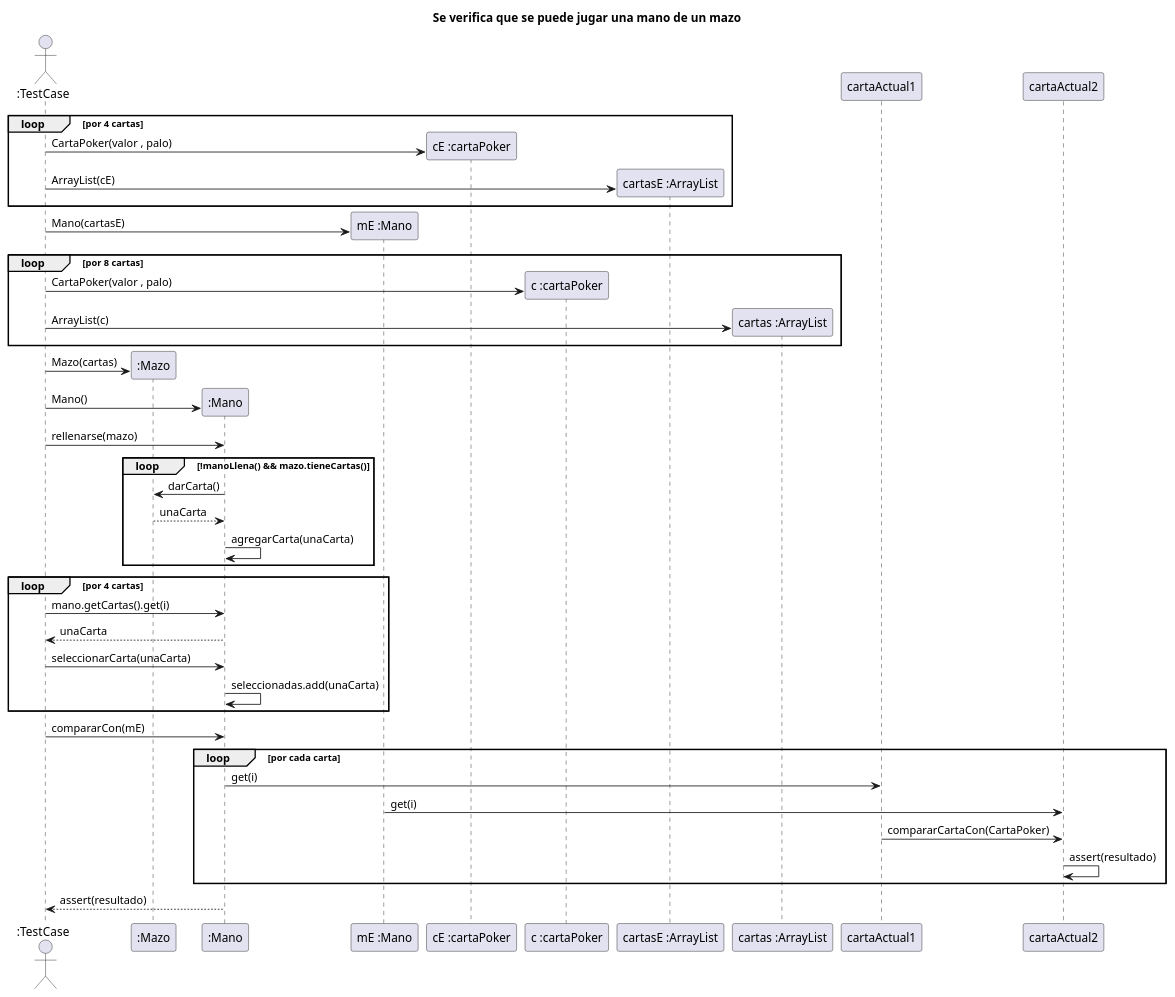
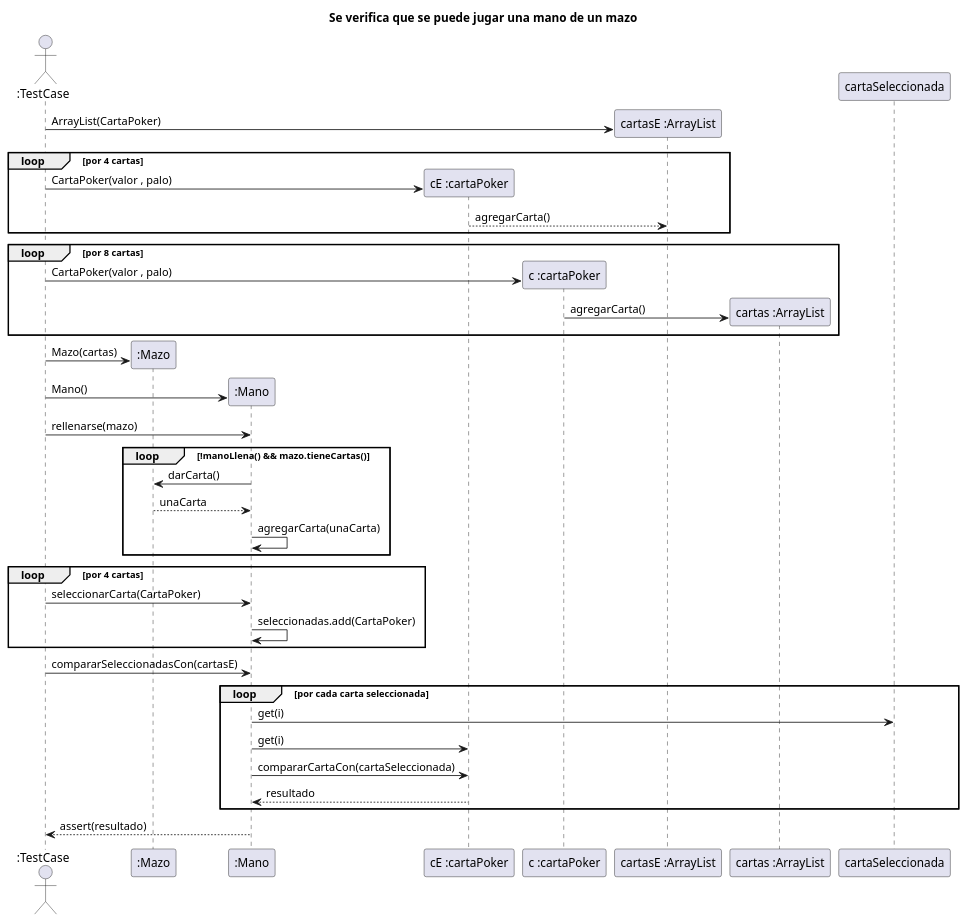
One commit to carruizdiaz1109/UBAlatro changed the diagram in diagrams/sequences/Entrega1/test03.puml. Above: the diagram before and after it, drawn with PlantUML. The commit also changed 1 other file, not shown here.

```diff
--- a/diagrams/sequences/Entrega1/test03.puml
+++ b/diagrams/sequences/Entrega1/test03.puml
@@ -1,54 +1,50 @@
 @startuml
 'https://plantuml.com/sequence-diagram
 
 title Se verifica que se puede jugar una mano de un mazo
 
 actor ":TestCase" as user
 participant ":Mazo" as mazo
 participant ":Mano" as mano
-participant "mE :Mano" as manoE
 participant "cE :cartaPoker" as cartaE
 participant "c :cartaPoker" as carta
 participant "cartasE :ArrayList" as listaE
 participant "cartas :ArrayList" as lista
 
+user -> listaE**: ArrayList(CartaPoker)
 loop por 4 cartas
     user -> cartaE**: CartaPoker(valor , palo)
-    user -> listaE**: ArrayList(cE)
+    cartaE --> listaE: agregarCarta()
 end
 
-user -> manoE**: Mano(cartasE)
 
 loop por 8 cartas
     user -> carta**: CartaPoker(valor , palo)
-    user -> lista**: ArrayList(c)
+    carta -> lista**:agregarCarta()
 end
 
 user -> mazo**: Mazo(cartas)
 
 user -> mano**: Mano()
 user -> mano: rellenarse(mazo)
 
 loop !manoLlena() && mazo.tieneCartas()
     mano -> mazo: darCarta()
     mazo --> mano: unaCarta
     mano -> mano: agregarCarta(unaCarta)
 end
 
 loop por 4 cartas
-    user -> mano: mano.getCartas().get(i)
-    mano --> user: unaCarta
-
-    user -> mano: seleccionarCarta(unaCarta)
-    mano -> mano: seleccionadas.add(unaCarta)
+    user -> mano: seleccionarCarta(CartaPoker)
+    mano -> mano: seleccionadas.add(CartaPoker)
 end
 
-user -> mano: compararCon(mE)
-loop por cada carta
-    mano -> cartaActual1: get(i)
-    manoE -> cartaActual2: get(i)
-    cartaActual1 -> cartaActual2: compararCartaCon(CartaPoker)
-    cartaActual2 -> cartaActual2: assert(resultado)
+user -> mano: compararSeleccionadasCon(cartasE)
+loop por cada carta seleccionada
+    mano -> cartaSeleccionada: get(i)
+    mano -> cartaE: get(i)
+    mano  -> cartaE : compararCartaCon(cartaSeleccionada)
+    cartaE --> mano: resultado
 end
 mano --> user: assert(resultado)
 @enduml
```
